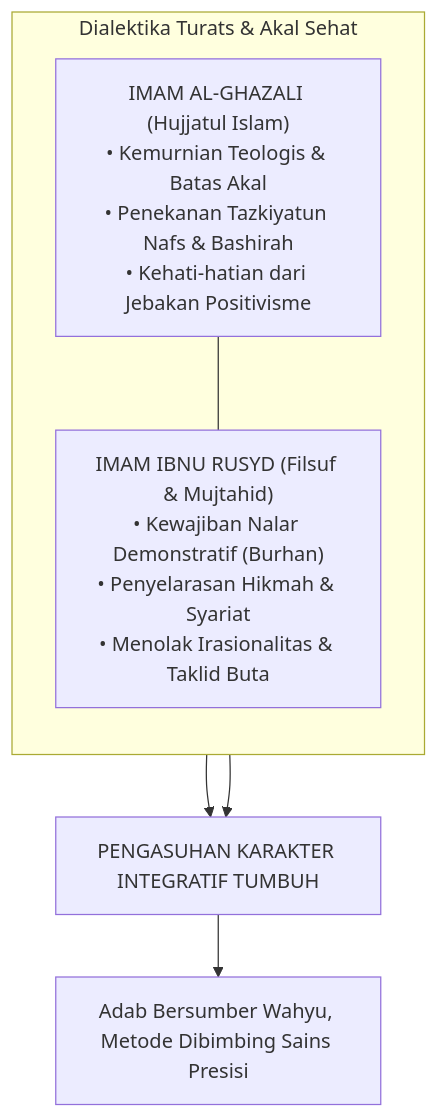
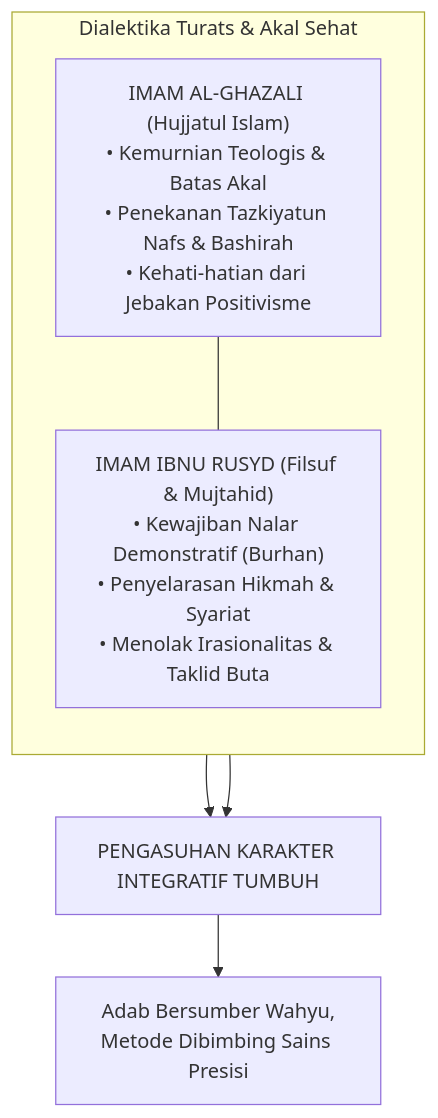
The third of 5 diagrams in BOOK Series 1/01-The-Fundamental-of-TUMBUH/Bab-03-Epistemologi-Terpadu-Wahyu-Nalar-dan-Fakta-Empiris.md (wandiapriliyandi/tumbuh), drawn with Mermaid before and after one commit. The commit also changed other lines of this file and 37 other files, not shown here.

Commit message:
fix(book-01): optimasi pemenggalan teks dan overflow seluruh diagram serta render ulang 20 PDF

````diff
--- a/BOOK Series 1/01-The-Fundamental-of-TUMBUH/Bab-03-Epistemologi-Terpadu-Wahyu-Nalar-dan-Fakta-Empiris.md
+++ b/BOOK Series 1/01-The-Fundamental-of-TUMBUH/Bab-03-Epistemologi-Terpadu-Wahyu-Nalar-dan-Fakta-Empiris.md
@@ -172,14 +172,14 @@
 ```mermaid
 graph TD
     subgraph SINTESIS_KEILMUAN_ISLAM["Dialektika Turats & Akal Sehat"]
         direction TB
         G["IMAM AL-GHAZALI (Hujjatul Islam)<br/>• Kemurnian Teologis & Batas Akal<br/>• Penekanan Tazkiyatun Nafs & Bashirah<br/>• Kehati-hatian dari Jebakan Positivisme"]
         R["IMAM IBNU RUSYD (Filsuf & Mujtahid)<br/>• Kewajiban Nalar Demonstratif (Burhan)<br/>• Penyelarasan Hikmah & Syariat<br/>• Menolak Irasionalitas & Taklid Buta"]
         G --- R
     end
 
     G --> S["PENGASUHAN KARAKTER INTEGRATIF TUMBUH"]
     R --> S
 
-    S --> M["Adab Bersumber Wahyu, Metode Dibimbing Sains Presisi"]
+    S --> M["Adab Bersumber Wahyu,<br/>Metode Dibimbing Sains Presisi"]
 ```
````
